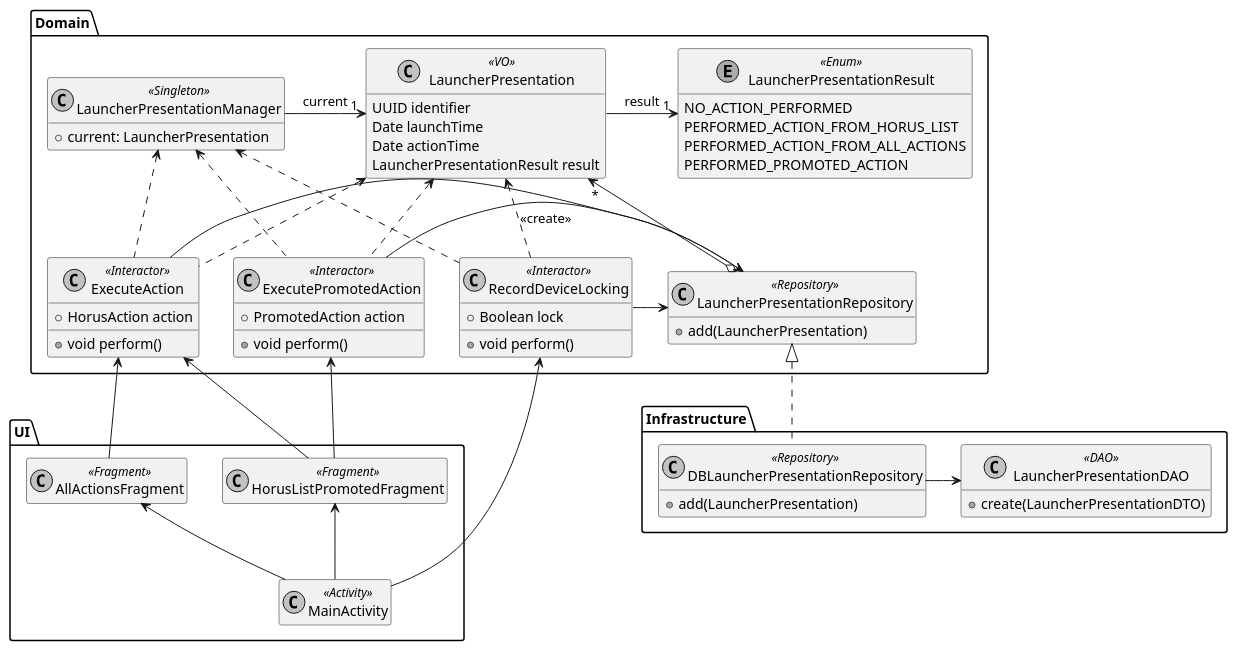
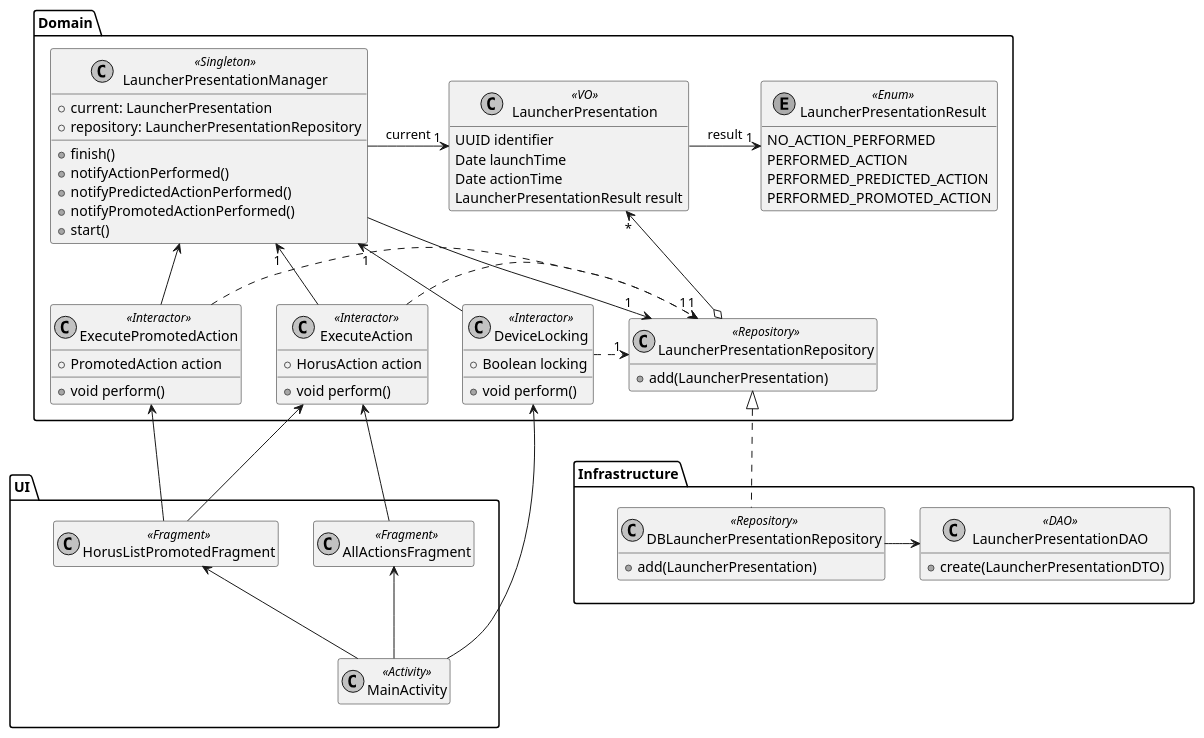
Before and after one commit to ovidiomanteiga/horuslauncher: the diagram in Architecture/07.MSYP#43.measure-system-performance/MPAA#70.class.plantuml, drawn with PlantUML. The commit also changed 1 other file, not shown here.

Commit message:
MSYP #43 > MPAA #70 > DDD #73: Retouched class diagrams after refactor

```diff
--- a/Architecture/07.MSYP#43.measure-system-performance/MPAA#70.class.plantuml
+++ b/Architecture/07.MSYP#43.measure-system-performance/MPAA#70.class.plantuml
@@ -2,105 +2,109 @@
 @startuml MPAA#70.class
 
 skinparam monochrome true
 
 
 package Domain {
 
     class LauncherPresentation <<VO>> {
         UUID identifier
         Date launchTime
         Date actionTime
         LauncherPresentationResult result
     }
 
     enum LauncherPresentationResult <<Enum>> {
         NO_ACTION_PERFORMED
-        PERFORMED_ACTION_FROM_HORUS_LIST
-        PERFORMED_ACTION_FROM_ALL_ACTIONS
+        PERFORMED_ACTION
+        PERFORMED_PREDICTED_ACTION
         PERFORMED_PROMOTED_ACTION
     }
 
     class ExecuteAction <<Interactor>> {
         + HorusAction action
         + void perform()
     }
 
     class ExecutePromotedAction <<Interactor>> {
         + PromotedAction action
         + void perform()
     }
 
-    class RecordDeviceLocking <<Interactor>> {
-        + Boolean lock
+    class DeviceLocking <<Interactor>> {
+        + Boolean locking
         + void perform()
     }
 
     class LauncherPresentationManager <<Singleton>> {
         + current: LauncherPresentation
+        + repository: LauncherPresentationRepository
+        + finish()
+        + notifyActionPerformed()
+        + notifyPredictedActionPerformed()
+        + notifyPromotedActionPerformed()
+        + start()
     }
 
     class LauncherPresentationRepository <<Repository>> {
         + add(LauncherPresentation)
     }
-
-    ExecuteAction -[hidden]l-> RecordDeviceLocking
-
-    ExecuteAction .u.> LauncherPresentation
-    ExecutePromotedAction .u.> LauncherPresentation
-    ExecuteAction -r-> LauncherPresentationRepository
-    ExecuteAction .u.> LauncherPresentationManager
-    ExecutePromotedAction -r-> LauncherPresentationRepository
-    ExecutePromotedAction .u.> LauncherPresentationManager
+    
+    DeviceLocking -[hidden]l-> ExecutePromotedAction
+    ExecuteAction -u-> "1" LauncherPresentationManager
+    ExecuteAction .> "1" LauncherPresentationRepository
+    ExecutePromotedAction -u-> LauncherPresentationManager
+    ExecutePromotedAction .> "1" LauncherPresentationRepository
     LauncherPresentation -r-> "1" LauncherPresentationResult: result
     LauncherPresentationManager -r-> "1" LauncherPresentation: current
+    LauncherPresentationManager -d-> "1" LauncherPresentationRepository
     LauncherPresentationRepository o-u-> "*" LauncherPresentation
-    RecordDeviceLocking -> LauncherPresentationRepository
-    RecordDeviceLocking .u.> LauncherPresentation: <<create>>
-    RecordDeviceLocking .u.> LauncherPresentationManager
-
+    DeviceLocking -u-> "1" LauncherPresentationManager
+    DeviceLocking .r.> "1" LauncherPresentationRepository
+    
 }
 
 
 package Infrastructure {
 
     class DBLauncherPresentationRepository <<Repository>> {
         + add(LauncherPresentation)
     }
 
     class LauncherPresentationDAO <<DAO>> {
         + create(LauncherPresentationDTO)
     }
 
     DBLauncherPresentationRepository .u.|> LauncherPresentationRepository
     DBLauncherPresentationRepository -r-> LauncherPresentationDAO
 
 }
 
 
 package UI {
 
     class HorusListPromotedFragment <<Fragment>> {
     }
 
     class AllActionsFragment <<Fragment>> {
     }
 
     class MainActivity <<Activity>> {
     }
 
 }
 
+UI -[hidden]l-> Infrastructure
 
 AllActionsFragment -u-> ExecuteAction
 
 HorusListPromotedFragment -u-> ExecutePromotedAction
 HorusListPromotedFragment -u-> ExecuteAction
 
 MainActivity -u-> HorusListPromotedFragment
 MainActivity -u-> AllActionsFragment
-MainActivity -l-> RecordDeviceLocking
+MainActivity -u-> DeviceLocking
 
 
 hide empty members
 
 @enduml
```
